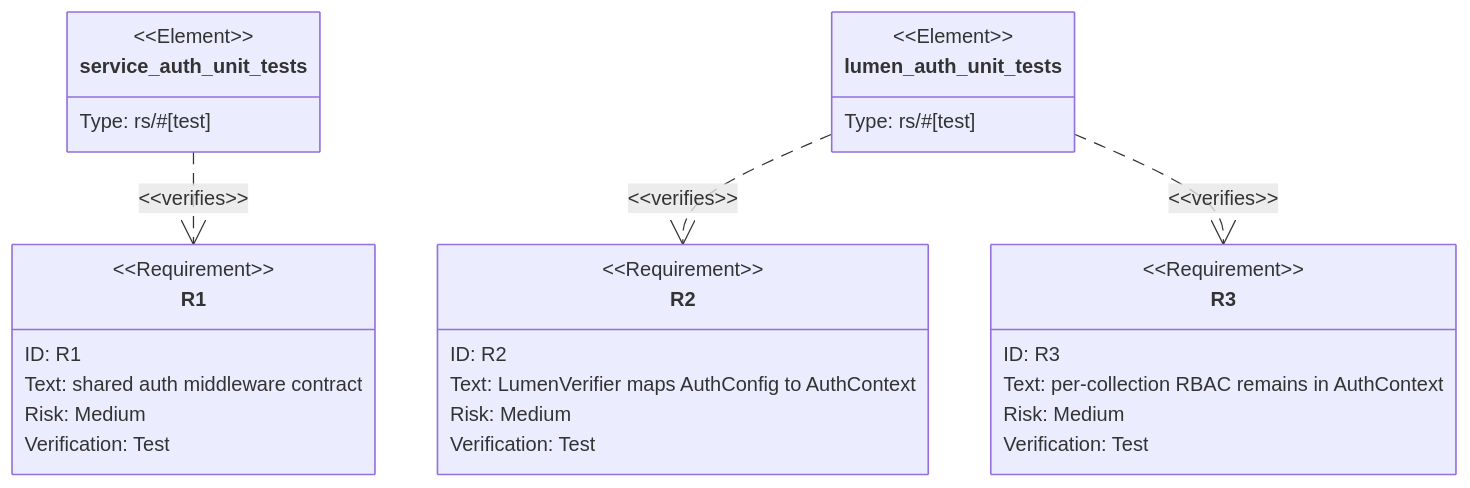
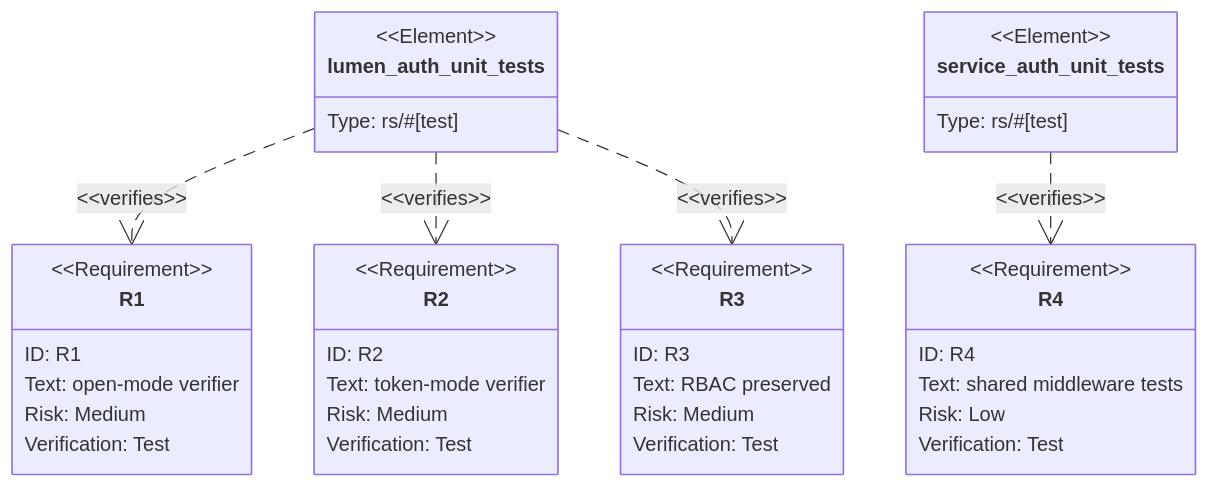
The second of 2 diagrams in projects/lumen/tech-design/logic/lumen-service-auth-convergence-delegate-middleware-to-shared-ver.md (chrischeng-c4/axiom), drawn with Mermaid before and after one commit. The commit also changed other lines of this file, not shown here.

Commit message:
td(744) — contract section: unit-test
Lifecycle-Slug: 744
Work-Item: 744
Lifecycle-Stage: Td-Section
Lifecycle-Phase: td_contract_in_progress
Lifecycle-Pass: contract
TD-Section: unit-test
Previous-Phase: td_contract_in_progress
Next-Phase: td_contract_in_progress
Next-Command: aw td create

````diff
--- a/projects/lumen/tech-design/logic/lumen-service-auth-convergence-delegate-middleware-to-shared-ver.md
+++ b/projects/lumen/tech-design/logic/lumen-service-auth-convergence-delegate-middleware-to-shared-ver.md
@@ -73,63 +73,77 @@
 ```mermaid
 ---
-id: lumen-service-auth-convergence-unit-tests
+id: lumen-service-auth-convergence-contract-tests
 requirements:
-  shared_middleware_contract:
+  verifier_open_mode:
     id: R1
-    text: "libs/service-auth continues to prove bearer extraction, required-mode rejection, open-mode pass-through, principal injection, and forbidden rendering."
+    text: "LumenVerifier returns AuthContext::Open when auth is not required, no tokens are configured, and no bearer is present."
     kind: behavior
     risk: medium
     verify: test
-  lumen_verifier_contract:
+  verifier_token_mode:
     id: R2
-    text: "LumenVerifier maps AuthConfig into AuthContext while preserving missing-token open mode, invalid-token 401, and concrete principal injection."
+    text: "LumenVerifier returns AuthContext::Token for a known bearer and AuthError::Unauthenticated for an unknown bearer."
     kind: behavior
     risk: medium
     verify: test
-  rbac_contract:
+  rbac_preserved:
     id: R3
-    text: "AuthContext::ensure continues to enforce collection-specific and wildcard roles."
+    text: "AuthContext::ensure keeps wildcard and per-collection role precedence unchanged."
     kind: behavior
     risk: medium
     verify: test
+  shared_middleware:
+    id: R4
+    text: "libs/service-auth continues to prove generic middleware injection and rejection."
+    kind: behavior
+    risk: low
+    verify: test
 elements:
+  lumen_auth_unit_tests:
+    kind: test
+    path: projects/lumen/src/auth.rs
   service_auth_unit_tests:
     kind: test
     path: libs/service-auth/src/lib.rs
-  lumen_auth_unit_tests:
-    kind: test
-    path: projects/lumen/src/auth.rs
 relations:
-  - { from: service_auth_unit_tests, verifies: shared_middleware_contract }
-  - { from: lumen_auth_unit_tests, verifies: lumen_verifier_contract }
-  - { from: lumen_auth_unit_tests, verifies: rbac_contract }
+  - { from: lumen_auth_unit_tests, verifies: verifier_open_mode }
+  - { from: lumen_auth_unit_tests, verifies: verifier_token_mode }
+  - { from: lumen_auth_unit_tests, verifies: rbac_preserved }
+  - { from: service_auth_unit_tests, verifies: shared_middleware }
 ---
 requirementDiagram
     requirement R1 {
       id: R1
-      text: "shared auth middleware contract"
+      text: "open-mode verifier"
       risk: medium
       verifymethod: test
     }
     requirement R2 {
       id: R2
-      text: "LumenVerifier maps AuthConfig to AuthContext"
+      text: "token-mode verifier"
       risk: medium
       verifymethod: test
     }
     requirement R3 {
       id: R3
-      text: "per-collection RBAC remains in AuthContext"
+      text: "RBAC preserved"
       risk: medium
       verifymethod: test
+    }
+    requirement R4 {
+      id: R4
+      text: "shared middleware tests"
+      risk: low
+      verifymethod: test
+    }
+    element lumen_auth_unit_tests {
+      type: "rs/#[test]"
     }
     element service_auth_unit_tests {
       type: "rs/#[test]"
     }
-    element lumen_auth_unit_tests {
-      type: "rs/#[test]"
-    }
-    service_auth_unit_tests - verifies -> R1
+    lumen_auth_unit_tests - verifies -> R1
     lumen_auth_unit_tests - verifies -> R2
     lumen_auth_unit_tests - verifies -> R3
+    service_auth_unit_tests - verifies -> R4
 ```
````
